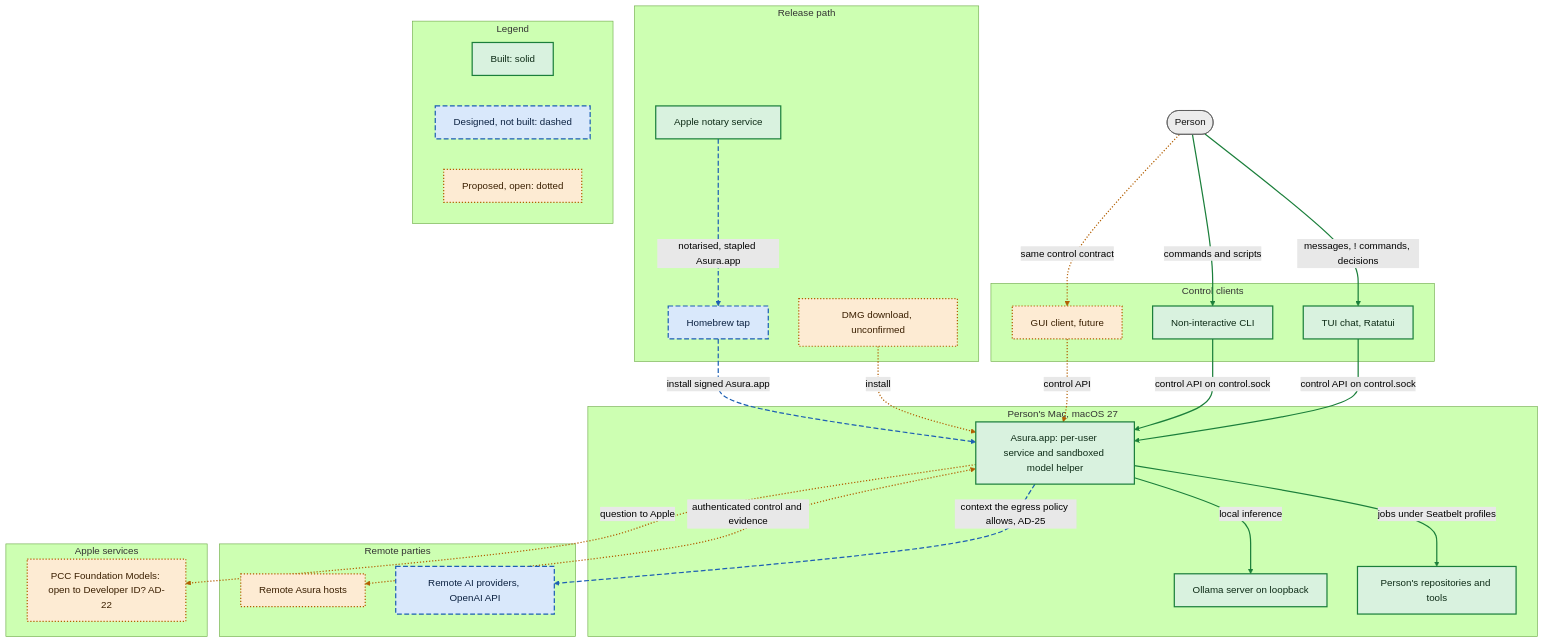
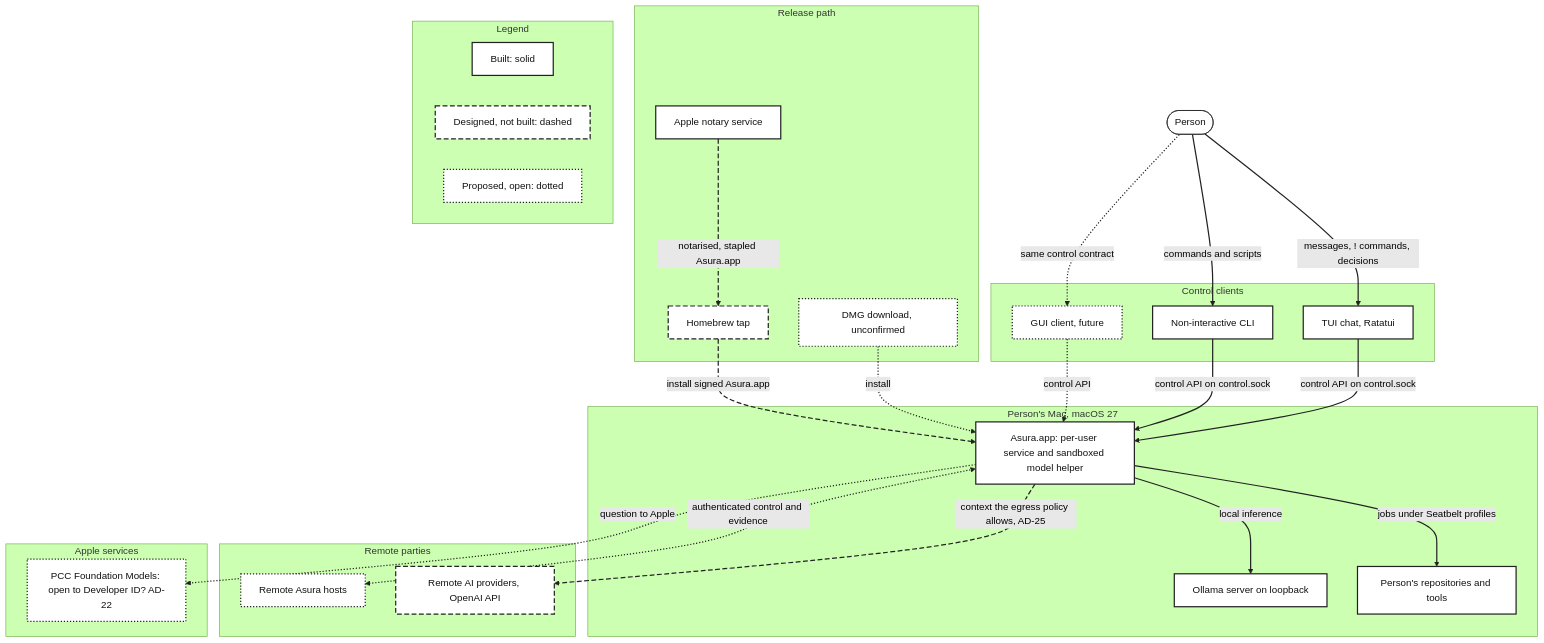
Before and after one commit to pidster/asura: the first of 7 diagrams in docs/designs/architecture-overview.md, drawn with Mermaid (forest theme). The commit also changed other lines of this file, not shown here.

First line of the commit message:
Draw the overview diagrams in line styles only, without colour

````diff
--- a/docs/designs/architecture-overview.md
+++ b/docs/designs/architecture-overview.md
@@ -66,53 +65,53 @@
 ```mermaid
 flowchart TB
     Person(["Person"]):::outside
     subgraph Release["Release path"]
         Notary["Apple notary service"]:::built
         Brew["Homebrew tap"]:::designed
         DMG["DMG download, unconfirmed"]:::proposed
     end
     subgraph Clients["Control clients"]
         TUI["TUI chat, Ratatui"]:::built
         CLI["Non-interactive CLI"]:::built
         GUI["GUI client, future"]:::proposed
     end
     subgraph Mac["Person's Mac, macOS 27"]
         Asura["Asura.app: per-user service and sandboxed model helper"]:::built
         Ollama["Ollama server on loopback"]:::built
         Tools["Person's repositories and tools"]:::built
     end
     subgraph Remote["Remote parties"]
         Prov["Remote AI providers, OpenAI API"]:::designed
         RHost["Remote Asura hosts"]:::proposed
     end
     subgraph Apple["Apple services"]
         PCC["PCC Foundation Models: open to Developer ID? AD-22"]:::proposed
     end
     Person -->|"messages, ! commands, decisions"| TUI
     Person -->|"commands and scripts"| CLI
     TUI -->|"control API on control.sock"| Asura
     CLI -->|"control API on control.sock"| Asura
     Asura -->|"jobs under Seatbelt profiles"| Tools
     Asura -->|"local inference"| Ollama
     Notary -->|"notarised, stapled Asura.app"| Brew
     Brew -->|"install signed Asura.app"| Asura
     Asura -->|"context the egress policy allows, AD-25"| Prov
     Person -->|"same control contract"| GUI
     GUI -->|"control API"| Asura
     Asura <-->|"authenticated control and evidence"| RHost
     DMG -->|"install"| Asura
     Asura -->|"question to Apple"| PCC
     subgraph Legend["Legend"]
         direction LR
         LB["Built: solid"]:::built
         LD["Designed, not built: dashed"]:::designed
         LP["Proposed, open: dotted"]:::proposed
     end
-    classDef built fill:#d9f2df,stroke:#1b7f3b,stroke-width:2px,color:#0d2b16
-    classDef designed fill:#d9e8fb,stroke:#1d5fb4,stroke-width:2px,stroke-dasharray:8 4,color:#0b2140
-    classDef proposed fill:#fdebd3,stroke:#b25e00,stroke-width:2px,stroke-dasharray:2 3,color:#3a1f00
-    classDef outside fill:#ececec,stroke:#555555,stroke-width:1px,color:#111111
-    linkStyle 0,1,2,3,4,5 stroke:#1b7f3b,stroke-width:2px
-    linkStyle 6,7,8 stroke:#1d5fb4,stroke-width:2px,stroke-dasharray:8 4
-    linkStyle 9,10,11,12,13 stroke:#b25e00,stroke-width:2px,stroke-dasharray:2 3
+    classDef built fill:#ffffff,stroke:#222222,stroke-width:2px,color:#111111
+    classDef designed fill:#ffffff,stroke:#222222,stroke-width:2px,stroke-dasharray:8 4,color:#111111
+    classDef proposed fill:#ffffff,stroke:#222222,stroke-width:2px,stroke-dasharray:2 3,color:#111111
+    classDef outside fill:#ffffff,stroke:#222222,stroke-width:1px,color:#111111
+    linkStyle 0,1,2,3,4,5 stroke:#222222,stroke-width:2px
+    linkStyle 6,7,8 stroke:#222222,stroke-width:2px,stroke-dasharray:8 4
+    linkStyle 9,10,11,12,13 stroke:#222222,stroke-width:2px,stroke-dasharray:2 3
 ```
````
